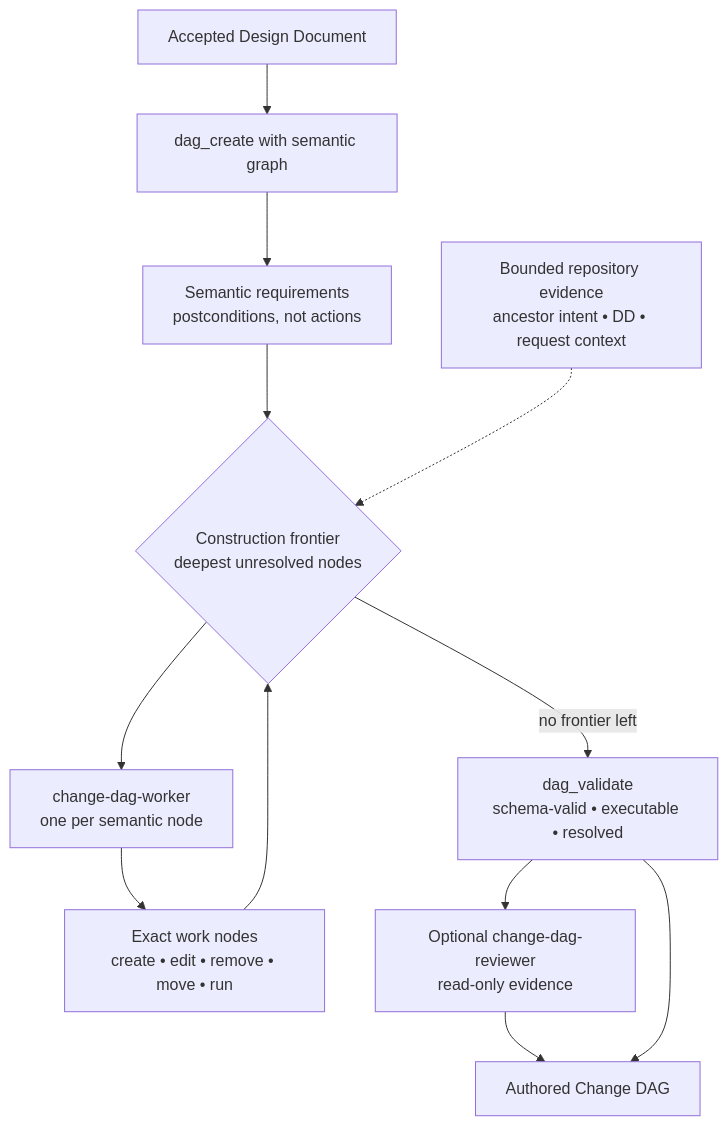
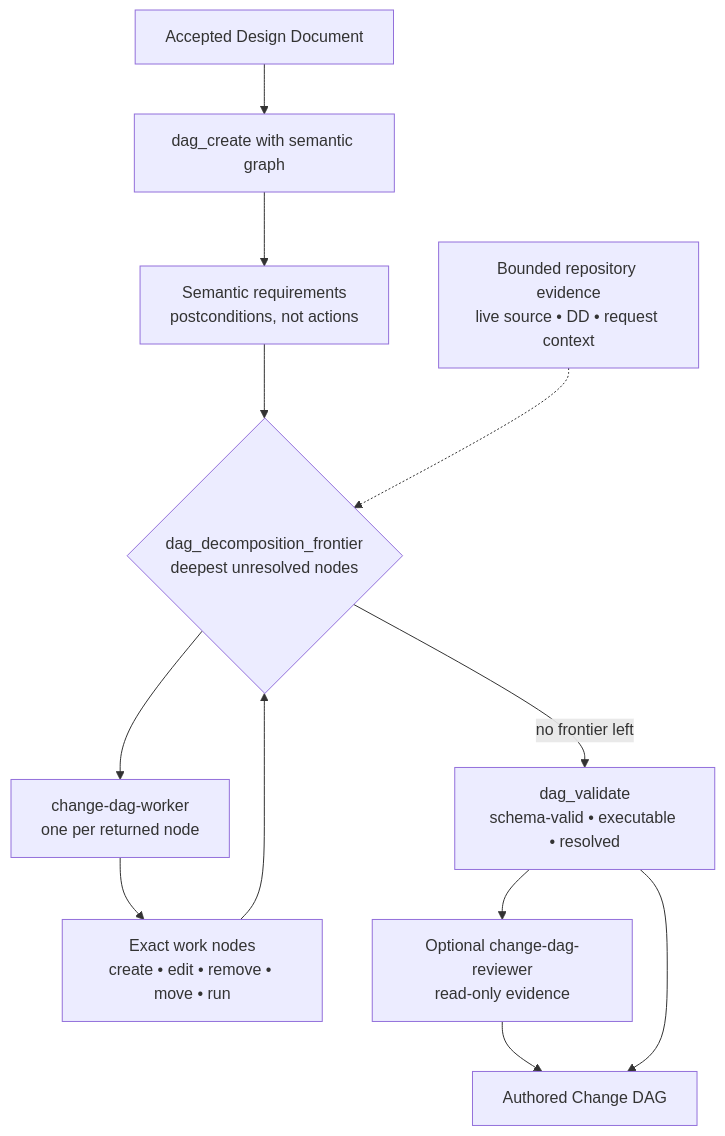
Before and after one commit to xiaden/SkyScow: the first of 2 diagrams in docs/architecture/change-dag-lifecycle.md, drawn with Mermaid. The commit also changed other lines of this file, not shown here.

First line of the commit message:
docs(change-dag): align lifecycle architecture with requires/decomposition model

````diff
--- a/docs/architecture/change-dag-lifecycle.md
+++ b/docs/architecture/change-dag-lifecycle.md
@@ -16,15 +16,15 @@
 ```mermaid
 flowchart TD
     DD["Accepted Design Document"] --> S["dag_create with semantic graph"]
     S --> SEM["Semantic requirements<br/>postconditions, not actions"]
-    SEM --> F{"Construction frontier<br/>deepest unresolved nodes"}
-    F --> W["change-dag-worker<br/>one per semantic node"]
+    SEM --> F{"dag_decomposition_frontier<br/>deepest unresolved nodes"}
+    F --> W["change-dag-worker<br/>one per returned node"]
     W --> X["Exact work nodes<br/>create • edit • remove • move • run"]
     X --> F
     F -->|no frontier left| VAL["dag_validate<br/>schema-valid • executable • resolved"]
     VAL --> REV["Optional change-dag-reviewer<br/>read-only evidence"]
     REV --> AUTH["Authored Change DAG"]
     VAL --> AUTH
 
-    CTX["Bounded repository evidence<br/>ancestor intent • DD • request context"] -.-> F
+    CTX["Bounded repository evidence<br/>live source • DD • request context"] -.-> F
 ```
````
